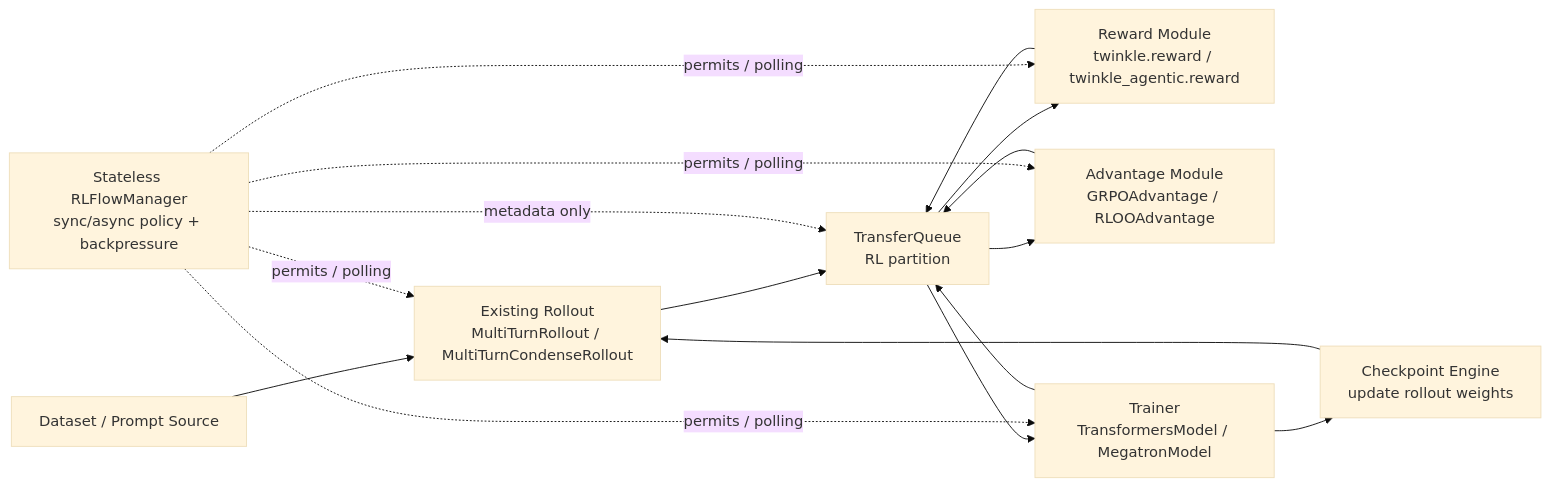
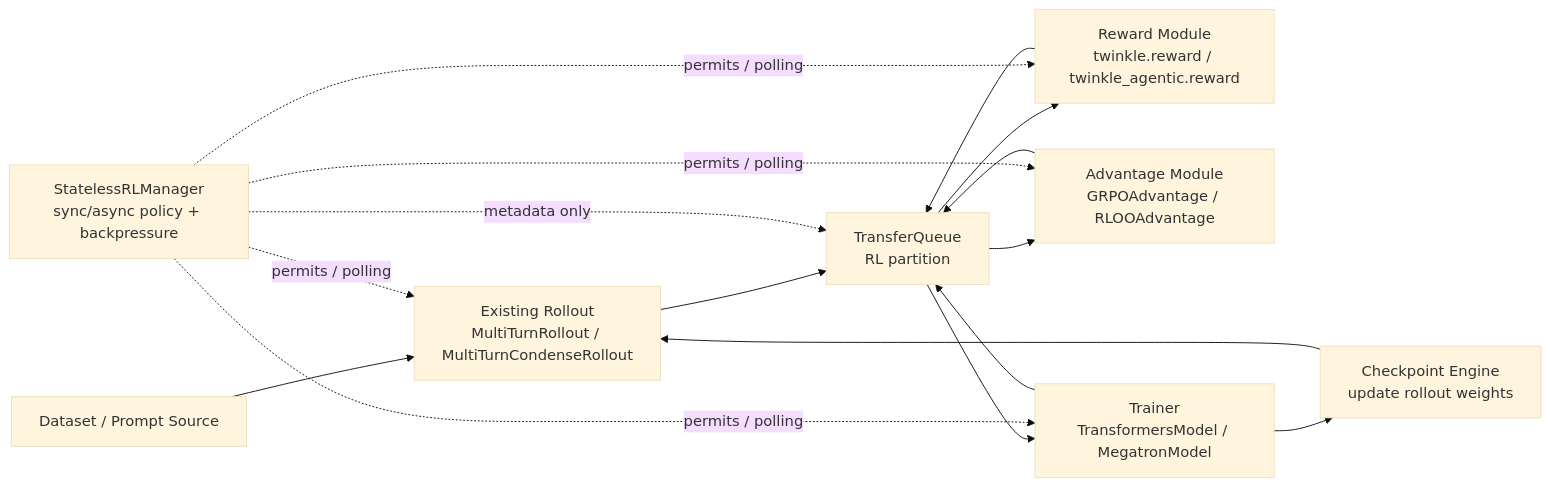
Before and after one commit to meichangsu1/twinkle: the first of 6 diagrams in docs/source_zh/组件/Gym/Async-Agentic-RL-Spec.md, drawn with Mermaid (base theme). The commit also changed other lines of this file and 1 other file, not shown here.

````diff
--- a/docs/source_zh/组件/Gym/Async-Agentic-RL-Spec.md
+++ b/docs/source_zh/组件/Gym/Async-Agentic-RL-Spec.md
@@ -50,23 +50,23 @@
 ```mermaid
 flowchart LR
     Dataset["Dataset / Prompt Source"] --> Rollout["Existing Rollout<br/>MultiTurnRollout / MultiTurnCondenseRollout"]
     Rollout --> TQ["TransferQueue<br/>RL partition"]
 
     TQ --> Reward["Reward Module<br/>twinkle.reward / twinkle_agentic.reward"]
     Reward --> TQ
 
     TQ --> Advantage["Advantage Module<br/>GRPOAdvantage / RLOOAdvantage"]
     Advantage --> TQ
 
     TQ --> Trainer["Trainer<br/>TransformersModel / MegatronModel"]
     Trainer --> TQ
 
     Trainer --> Sync["Checkpoint Engine<br/>update rollout weights"]
     Sync --> Rollout
 
-    Manager["Stateless RLFlowManager<br/>sync/async policy + backpressure"] -. permits / polling .-> Rollout
+    Manager["StatelessRLManager<br/>sync/async policy + backpressure"] -. permits / polling .-> Rollout
     Manager -. permits / polling .-> Reward
     Manager -. permits / polling .-> Advantage
     Manager -. permits / polling .-> Trainer
     Manager -. metadata only .-> TQ
 ```
````
